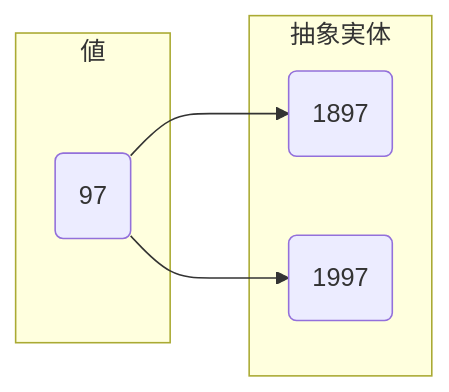
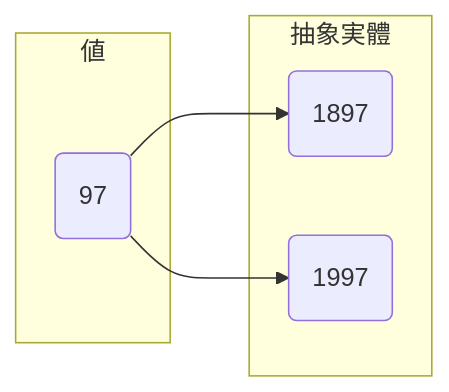
The second of 2 diagrams in src/note/Why Equivalence Relations Are Endorelations.md (sueka/sueka.me), drawn with Mermaid before and after one commit. The commit also changed other lines of this file and 12 other files, not shown here.

```diff
--- a/src/note/Why Equivalence Relations Are Endorelations.md
+++ b/src/note/Why Equivalence Relations Are Endorelations.md
@@ -68,12 +68,12 @@
   <pre class="mermaid">
     graph LR
       subgraph Value[値]
         V97(97)
       end
-      subgraph AbstractEntity[抽象実体]
+      subgraph AbstractEntity[抽象実體]
         Ae1897(1897)
         Ae1997(1997)
       end
       V97 --> Ae1897
       V97 --> Ae1997
   </pre>
```
